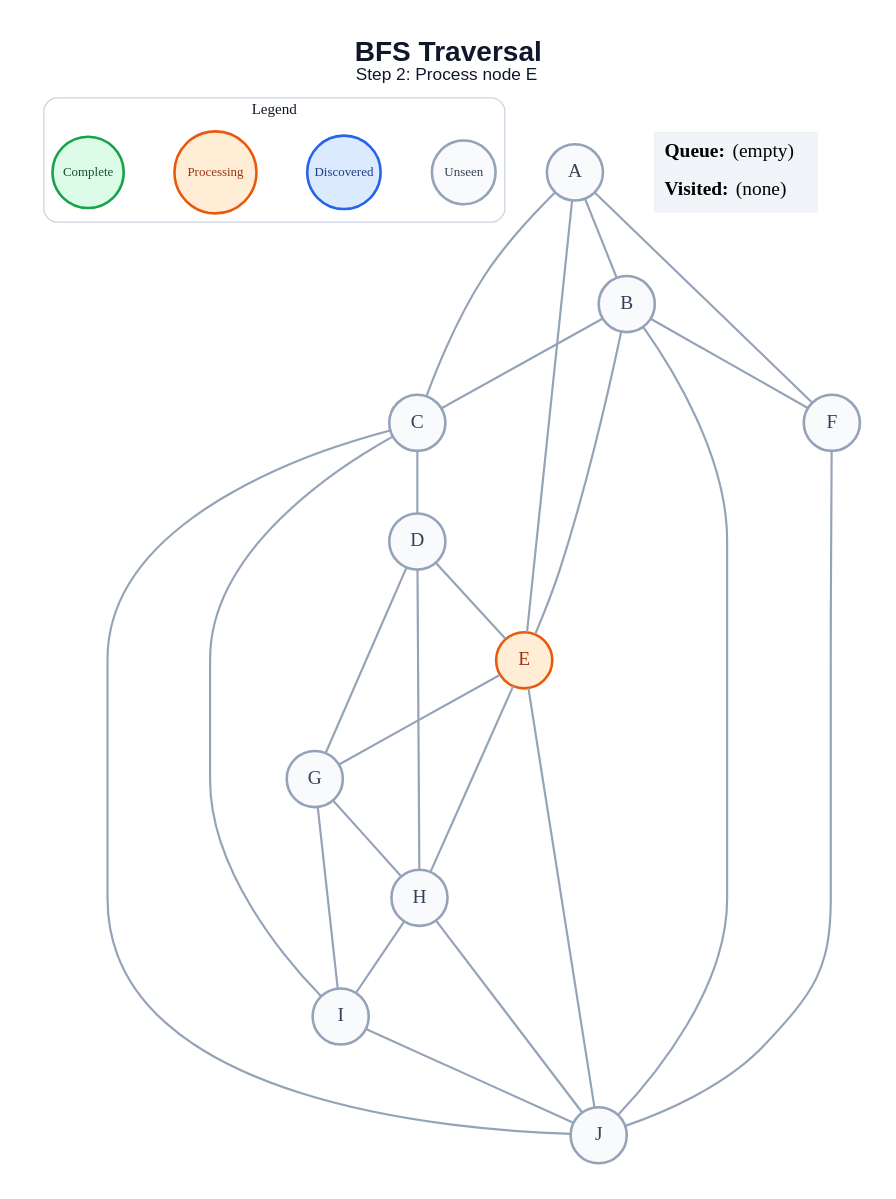
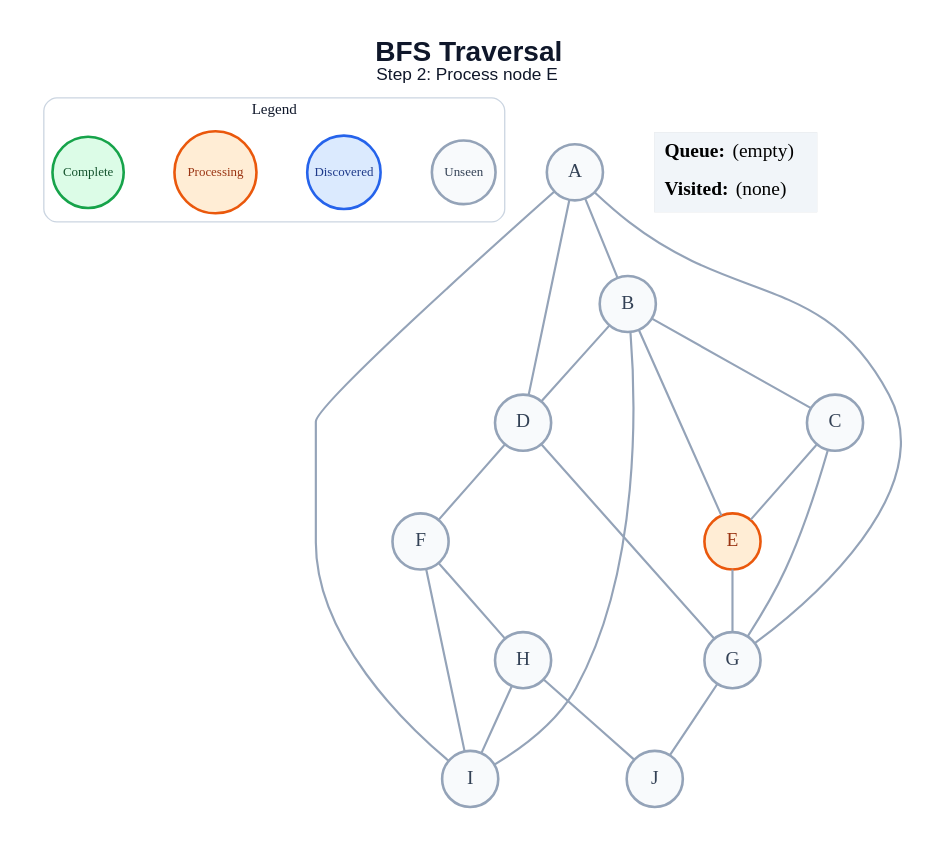
Before and after one commit to amanghodawala9/ai-slop: the diagram in generated/specific-node/bfs/step_02.dot, drawn with Graphviz. The commit also changed 178 other files, not shown here.

```diff
--- a/generated/specific-node/bfs/step_02.dot
+++ b/generated/specific-node/bfs/step_02.dot
@@ -1,52 +1,47 @@
 graph traversal {
   graph [layout=dot, rankdir=TB, bgcolor="#FFFFFF", pad="0.35", nodesep="0.65", ranksep="0.8", fontname="Arial"];
   node [shape=circle, style="filled", fontname="Arial Bold", fontsize=18, width=0.72, fixedsize=true, penwidth=2.4];
   edge [color="#94A3B8", penwidth=2.0];
   label=<<B>BFS Traversal</B><BR/><FONT POINT-SIZE="16">Step 2: Process node E</FONT>>; labelloc="t"; fontsize=26; fontname="Arial"; fontcolor="#0F172A";
   subgraph cluster_legend { label="Legend"; color="#CBD5E1"; penwidth=1.2; style="rounded"; fontsize=14; fontname="Arial Bold";
     key_unseen [label="Unseen", fillcolor="#F8FAFC", color="#94A3B8", fontcolor="#334155", fontsize=12, width=0.82];
     key_frontier [label="Discovered", fillcolor="#DBEAFE", color="#2563EB", fontcolor="#1E3A8A", fontsize=12, width=0.95];
     key_current [label="Processing", fillcolor="#FFEDD5", color="#EA580C", fontcolor="#9A3412", fontsize=12, width=1.05];
     key_done [label="Complete", fillcolor="#DCFCE7", color="#16A34A", fontcolor="#14532D", fontsize=12, width=0.92];
     { rank=same; key_unseen; key_frontier; key_current; key_done; }
   }
   A [fillcolor="#F8FAFC", color="#94A3B8", fontcolor="#334155"];
   B [fillcolor="#F8FAFC", color="#94A3B8", fontcolor="#334155"];
   C [fillcolor="#F8FAFC", color="#94A3B8", fontcolor="#334155"];
   D [fillcolor="#F8FAFC", color="#94A3B8", fontcolor="#334155"];
   E [fillcolor="#FFEDD5", color="#EA580C", fontcolor="#9A3412"];
   F [fillcolor="#F8FAFC", color="#94A3B8", fontcolor="#334155"];
   G [fillcolor="#F8FAFC", color="#94A3B8", fontcolor="#334155"];
   H [fillcolor="#F8FAFC", color="#94A3B8", fontcolor="#334155"];
   I [fillcolor="#F8FAFC", color="#94A3B8", fontcolor="#334155"];
   J [fillcolor="#F8FAFC", color="#94A3B8", fontcolor="#334155"];
   A -- B;
-  A -- C;
-  A -- E;
-  A -- F;
+  A -- D;
+  A -- G;
+  A -- I;
   B -- C;
+  B -- D;
   B -- E;
-  B -- F;
-  B -- J;
-  C -- D;
-  C -- I;
-  C -- J;
-  D -- E;
+  B -- I;
+  C -- E;
+  C -- G;
+  D -- F;
   D -- G;
-  D -- H;
   E -- G;
-  E -- H;
-  E -- J;
-  F -- J;
-  G -- H;
-  G -- I;
+  F -- H;
+  F -- I;
+  G -- J;
   H -- I;
   H -- J;
-  I -- J;
   status [shape=plain, fixedsize=false, width=0, height=0, margin=0, label=<
     <TABLE BORDER="0" CELLBORDER="0" CELLPADDING="7" BGCOLOR="#F1F5F9">
       <TR><TD ALIGN="LEFT"><B>Queue:</B> (empty)</TD></TR>
       <TR><TD ALIGN="LEFT"><B>Visited:</B> (none)</TD></TR>
     </TABLE>
   >];
 }
```
